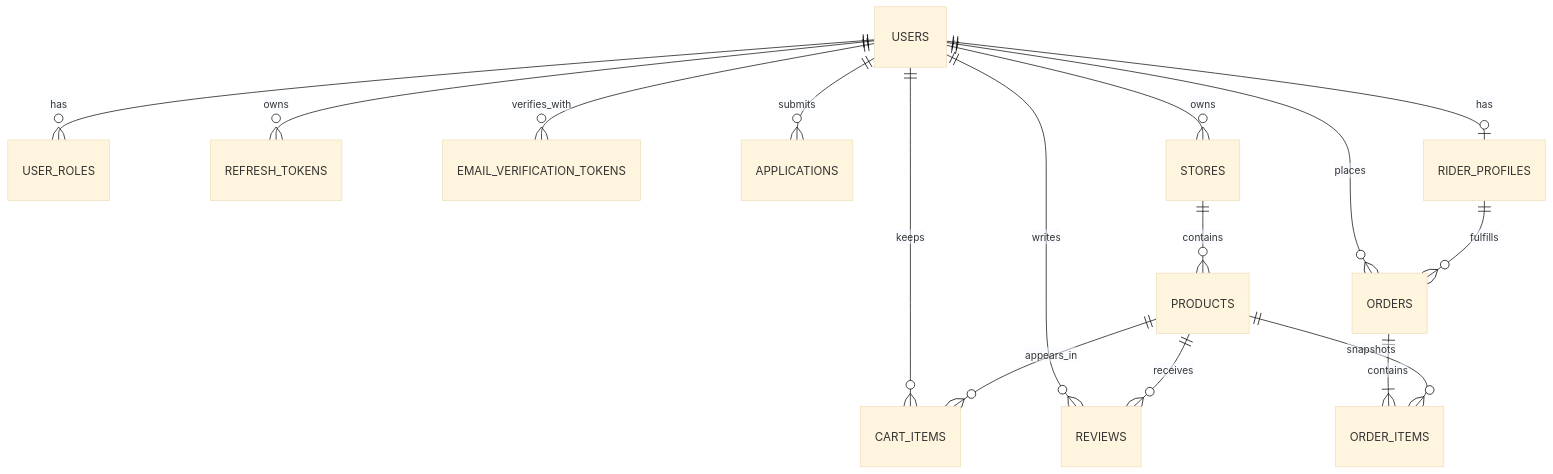
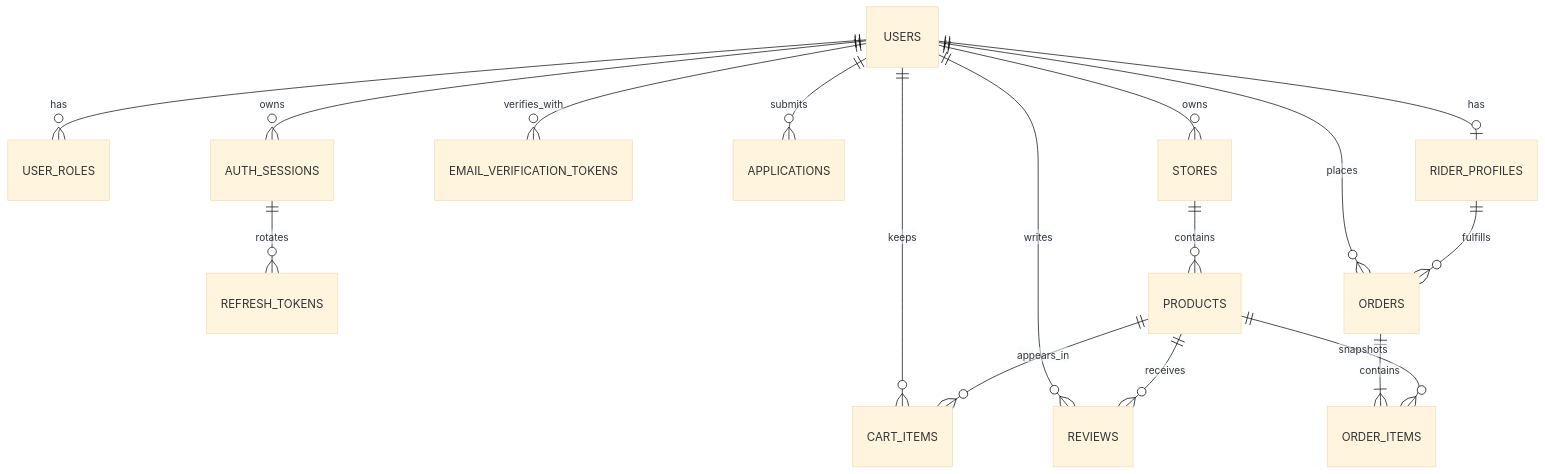
Before and after one commit to Yosf96633/nest-e-commerce: the diagram in docs/database.md, drawn with Mermaid (base theme). The commit also changed other lines of this file and 31 other files, not shown here.

````diff
--- a/docs/database.md
+++ b/docs/database.md
@@ -32,18 +33,19 @@
 ```mermaid
 erDiagram
     USERS ||--o{ USER_ROLES : has
-    USERS ||--o{ REFRESH_TOKENS : owns
+    USERS ||--o{ AUTH_SESSIONS : owns
+    AUTH_SESSIONS ||--o{ REFRESH_TOKENS : rotates
     USERS ||--o{ EMAIL_VERIFICATION_TOKENS : verifies_with
     USERS ||--o{ APPLICATIONS : submits
     USERS ||--o{ STORES : owns
     STORES ||--o{ PRODUCTS : contains
     USERS ||--o{ CART_ITEMS : keeps
     PRODUCTS ||--o{ CART_ITEMS : appears_in
     USERS ||--o{ REVIEWS : writes
     PRODUCTS ||--o{ REVIEWS : receives
     USERS ||--o| RIDER_PROFILES : has
     USERS ||--o{ ORDERS : places
     RIDER_PROFILES ||--o{ ORDERS : fulfills
     ORDERS ||--|{ ORDER_ITEMS : contains
     PRODUCTS ||--o{ ORDER_ITEMS : snapshots
 ```
````
